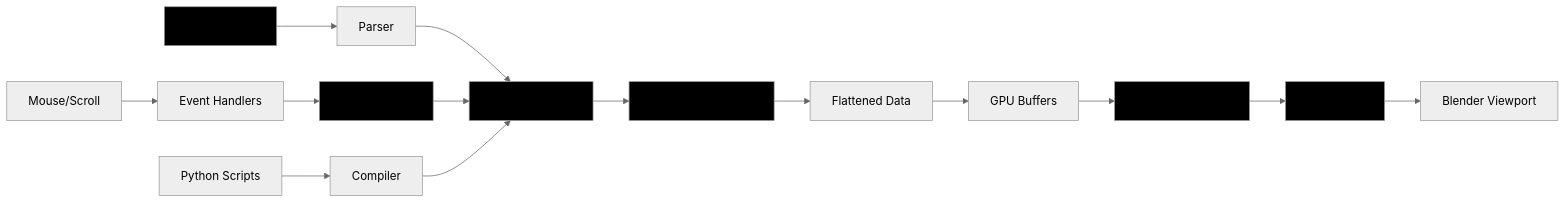
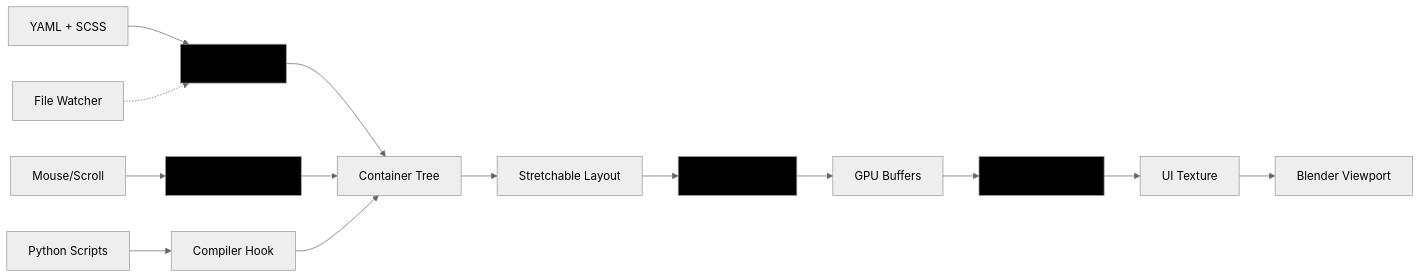
One commit to nicolaiprodromov/puree changed the diagram in README.md. Above: the diagram before and after it, drawn with Mermaid (neutral theme). The commit also changed other lines of this file, not shown here.

````diff
--- a/README.md
+++ b/README.md
@@ -239,26 +281,24 @@
 ```mermaid
 graph LR
-    A[YAML + CSS] --> B[Parser]
+    A[YAML + SCSS] --> B[Rust Parser]
     B --> C[Container Tree]
     C --> D[Stretchable Layout]
-    D --> E[Flattened Data]
+    D --> E[Rust Flattener]
     E --> F[GPU Buffers]
-    F --> G[Compute Shader]
+    F --> G[GLSL Compute]
     G --> H[UI Texture]
     
-    I[Mouse/Scroll] --> J[Event Handlers]
-    J --> K[Hit Detection]
-    K --> C
+    I[Mouse/Scroll] --> J[Rust Hit Detector]
+    J --> C
     
-    L[Python Scripts] --> M[Compiler]
-    M --> C
+    K[Python Scripts] --> L[Compiler Hook]
+    L --> C
     
+    M[File Watcher] -.-> B
     H --> N[Blender Viewport]
     
-    style A fill:#000
-    style C fill:#000
-    style D fill:#000
+    style B fill:#000
+    style E fill:#000
     style G fill:#000
-    style H fill:#000
-    style K fill:#000
+    style J fill:#000
 ```
````
